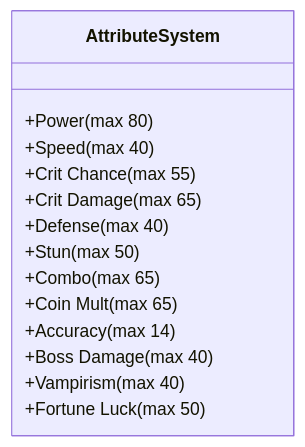
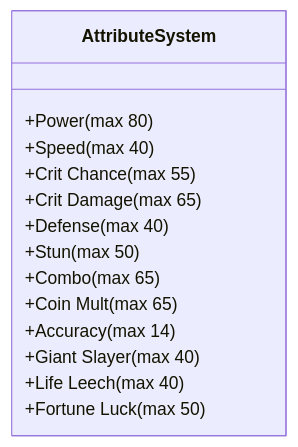
The second of 3 diagrams in docs/GAME_DESIGN_AND_ECONOMY_BIBLE.md (Gauravzz12/These-Hands), drawn with Mermaid before and after one commit. The commit also changed other lines of this file and 3 other files, not shown here.

````diff
--- a/docs/GAME_DESIGN_AND_ECONOMY_BIBLE.md
+++ b/docs/GAME_DESIGN_AND_ECONOMY_BIBLE.md
@@ -149,17 +244,17 @@
 ```mermaid
 classDiagram
     class AttributeSystem {
         +Power (max 80)
         +Speed (max 40)
         +Crit Chance (max 55)
         +Crit Damage (max 65)
         +Defense (max 40)
         +Stun (max 50)
         +Combo (max 65)
         +Coin Mult (max 65)
         +Accuracy (max 14)
-        +Boss Damage (max 40)
-        +Vampirism (max 40)
+        +Giant Slayer (max 40)
+        +Life Leech (max 40)
         +Fortune Luck (max 50)
     }
 ```
````
